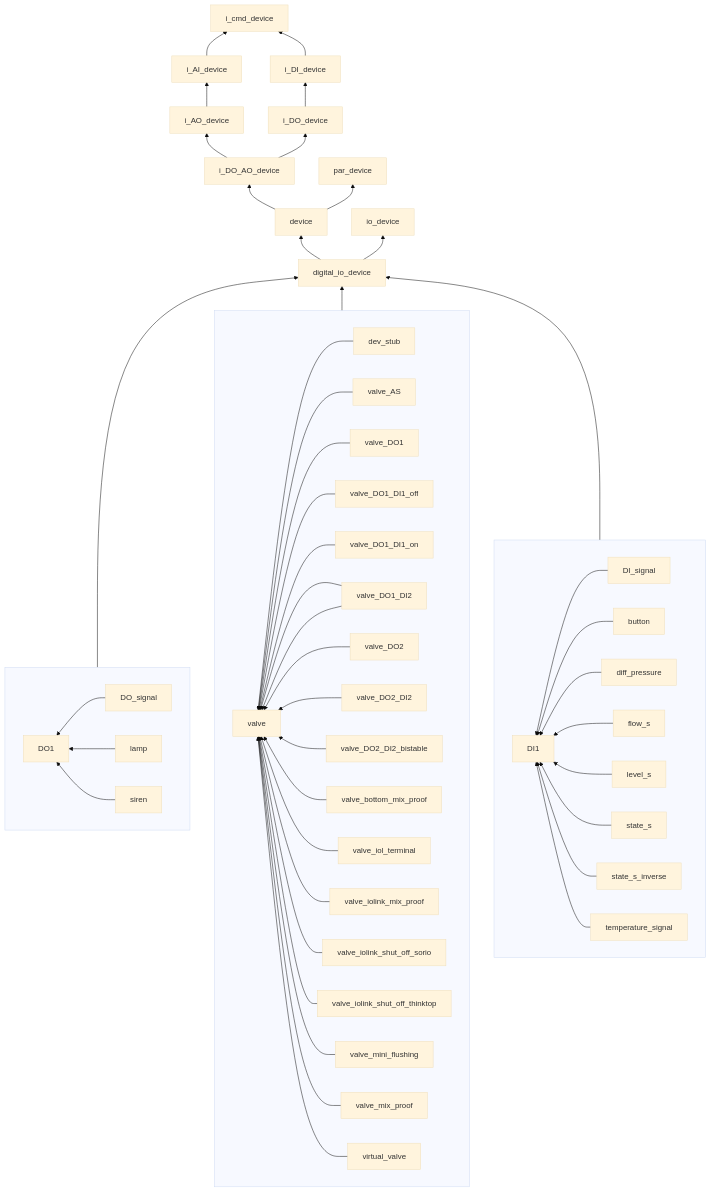
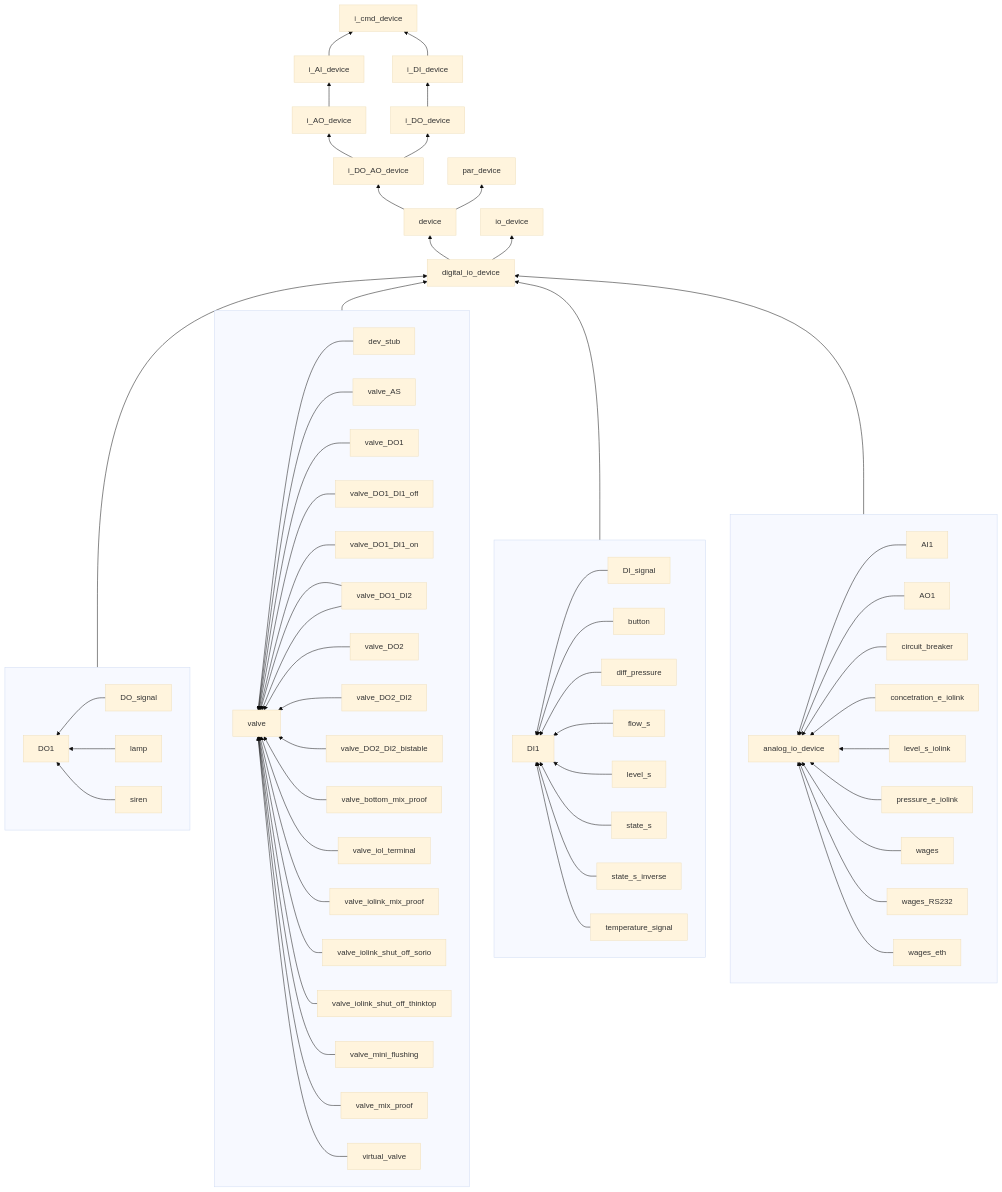
One commit to savushkin-r-d/ptusa_main changed the sixth of 6 diagrams in readme.md. Above: the diagram before and after it, drawn with Mermaid (base theme).

Commit message:
Add analog_io_device subgraph

````diff
--- a/readme.md
+++ b/readme.md
@@ -104,62 +104,76 @@
 ```mermaid
 flowchart BT
 digital_io_device[digital_io_device]
 digital_io_device-->device[device]
 digital_io_device-->io_device[io_device]
 device-->i_DO_AO_device[i_DO_AO_device]
 device-->par_device[par_device]
 i_DO_AO_device-->i_AO_device[i_AO_device]
 i_DO_AO_device-->i_DO_device[i_DO_device]
 i_AO_device-->i_AI_device[i_AI_device]
 i_DO_device-->i_DI_device[i_DI_device]
 i_AI_device-->i_cmd_device[i_cmd_device]
 i_DI_device[i_DI_device]-->i_cmd_device[i_cmd_device]
 
     subgraph sub_DO1[" "]
     direction RL
     DO1[DO1]
     DO_signal[DO_signal]-->DO1
     lamp[lamp]-->DO1
     siren[siren]-->DO1
     end
 
     subgraph sub_valve[" "]
     direction RL
     valve[valve]
     dev_stub[dev_stub]-->valve
     valve_AS[valve_AS]-->valve
     valve_DO1[valve_DO1]-->valve
     valve_DO1_DI1_off[valve_DO1_DI1_off]-->valve
     valve_DO1_DI1_on[valve_DO1_DI1_on]-->valve
     valve_DO1_DI2[valve_DO1_DI2]-->valve
     valve_DO1_DI2[valve_DO1_DI2]-->valve
     valve_DO2[valve_DO2]-->valve
     valve_DO2_DI2[valve_DO2_DI2]-->valve
     valve_DO2_DI2_bistable[valve_DO2_DI2_bistable]-->valve
     valve_bottom_mix_proof[valve_bottom_mix_proof]-->valve
     valve_iol_terminal[valve_iol_terminal]-->valve
     valve_iolink_mix_proof[valve_iolink_mix_proof]-->valve
     valve_iolink_shut_off_sorio[valve_iolink_shut_off_sorio]-->valve
     valve_iolink_shut_off_thinktop[valve_iolink_shut_off_thinktop]-->valve
     valve_mini_flushing[valve_mini_flushing]-->valve
     valve_mix_proof[valve_mix_proof]-->valve
     virtual_valve[virtual_valve]-->valve
     end
 
     subgraph sub_DI1[" "]
     direction RL
     DI_signal-->DI1
     button-->DI1
     diff_pressure-->DI1
     flow_s-->DI1
     level_s-->DI1
     state_s-->DI1
     state_s_inverse-->DI1
     temperature_signal-->DI1
     end
 
+ subgraph sub_analog_io_device[" "]
+    direction RL
+    analog_io_device[analog_io_device]
+    AI1[AI1]-->analog_io_device
+    AO1[AO1]-->analog_io_device
+    circuit_breaker[circuit_breaker]-->analog_io_device
+    concetration_e_iolink[concetration_e_iolink]-->analog_io_device
+    level_s_iolink[level_s_iolink]-->analog_io_device
+    pressure_e_iolink[pressure_e_iolink]-->analog_io_device
+    wages[wages]-->analog_io_device
+    wages_RS232[wages_RS232]-->analog_io_device
+    wages_eth[wages_eth]-->analog_io_device
+    end
+
 sub_DO1-->digital_io_device
 sub_valve-->digital_io_device
 sub_DI1-->digital_io_device
-
+sub_analog_io_device-->digital_io_device
 ```
````
